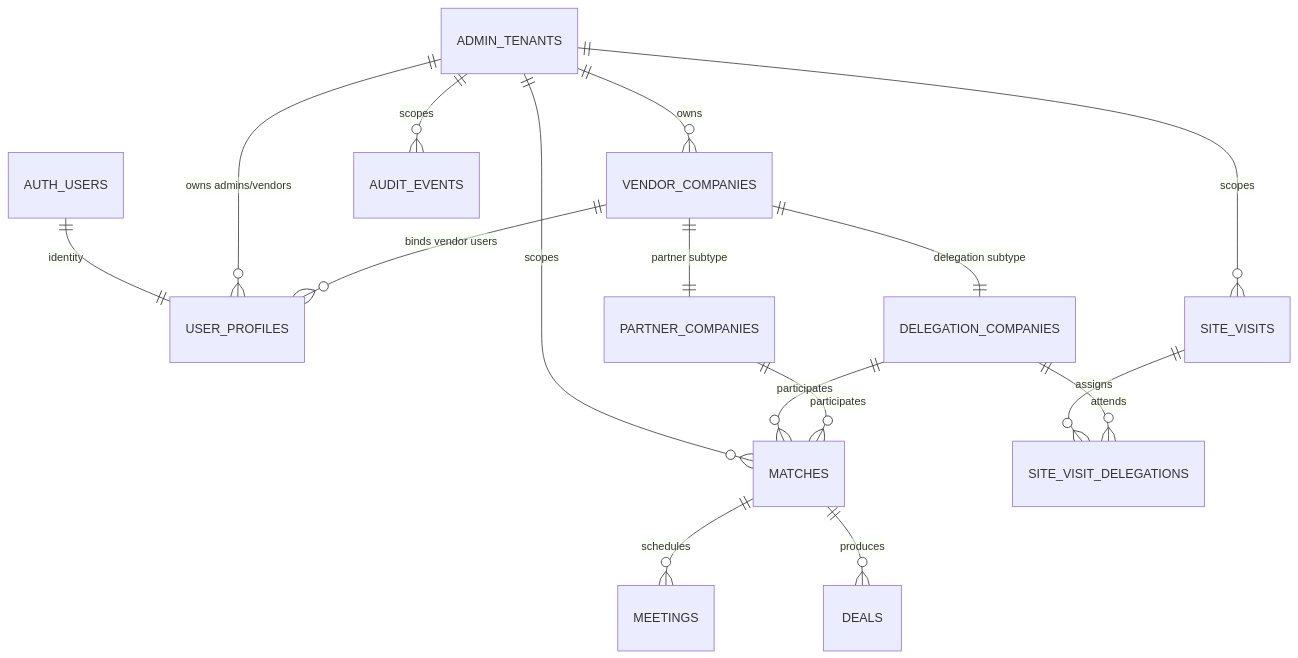
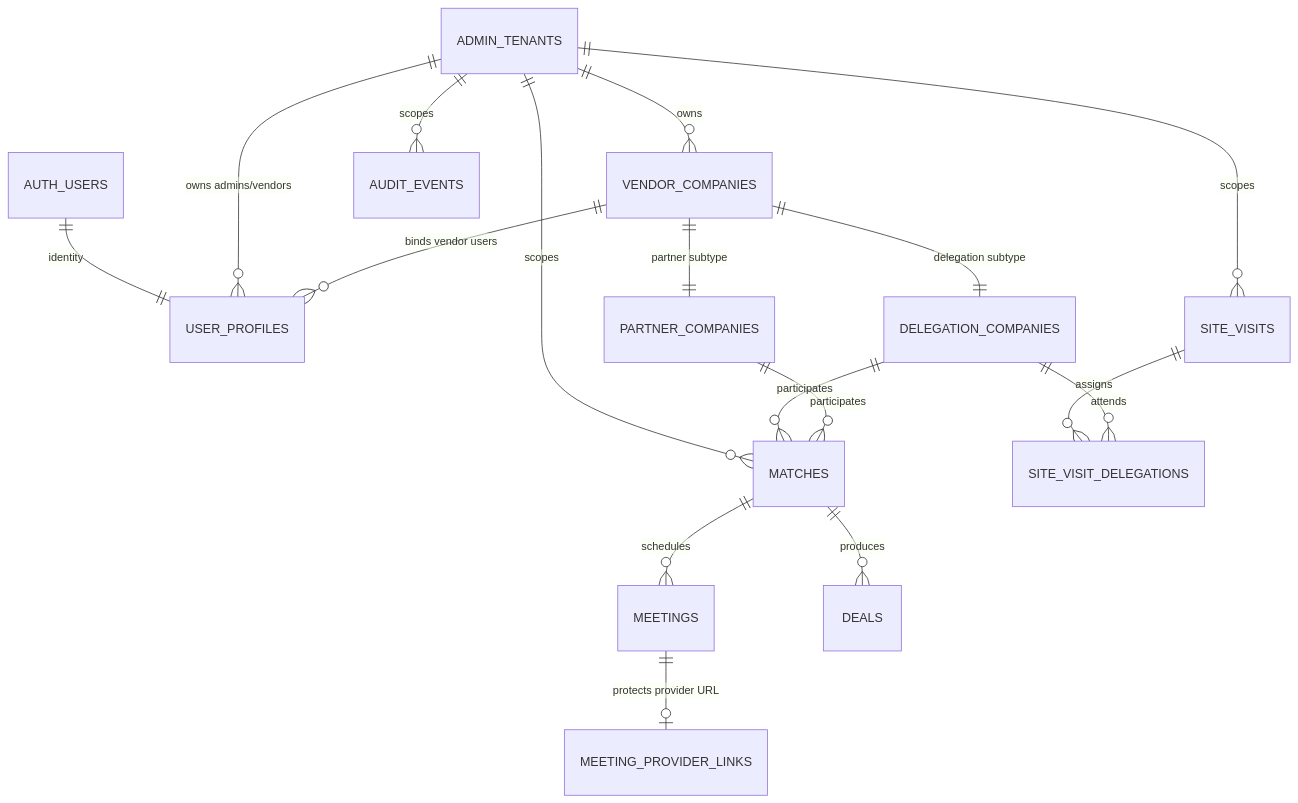
One commit to AGA-Ventures/plexus changed the diagram in docs/architecture/database-schema.md. Above: the diagram before and after it, drawn with Mermaid. The commit also changed other lines of this file and 28 other files, not shown here.

Commit message:
Secure mutual meeting links

````diff
--- a/docs/architecture/database-schema.md
+++ b/docs/architecture/database-schema.md
@@ -29,18 +36,19 @@
 ```mermaid
 erDiagram
     AUTH_USERS ||--|| USER_PROFILES : "identity"
     ADMIN_TENANTS ||--o{ USER_PROFILES : "owns admins/vendors"
     ADMIN_TENANTS ||--o{ VENDOR_COMPANIES : "owns"
     VENDOR_COMPANIES ||--|| DELEGATION_COMPANIES : "delegation subtype"
     VENDOR_COMPANIES ||--|| PARTNER_COMPANIES : "partner subtype"
     VENDOR_COMPANIES ||--o{ USER_PROFILES : "binds vendor users"
     ADMIN_TENANTS ||--o{ MATCHES : "scopes"
     DELEGATION_COMPANIES ||--o{ MATCHES : "participates"
     PARTNER_COMPANIES ||--o{ MATCHES : "participates"
     MATCHES ||--o{ MEETINGS : "schedules"
+    MEETINGS ||--o| MEETING_PROVIDER_LINKS : "protects provider URL"
     MATCHES ||--o{ DEALS : "produces"
     ADMIN_TENANTS ||--o{ SITE_VISITS : "scopes"
     SITE_VISITS ||--o{ SITE_VISIT_DELEGATIONS : "assigns"
     DELEGATION_COMPANIES ||--o{ SITE_VISIT_DELEGATIONS : "attends"
     ADMIN_TENANTS ||--o{ AUDIT_EVENTS : "scopes"
 ```
````
